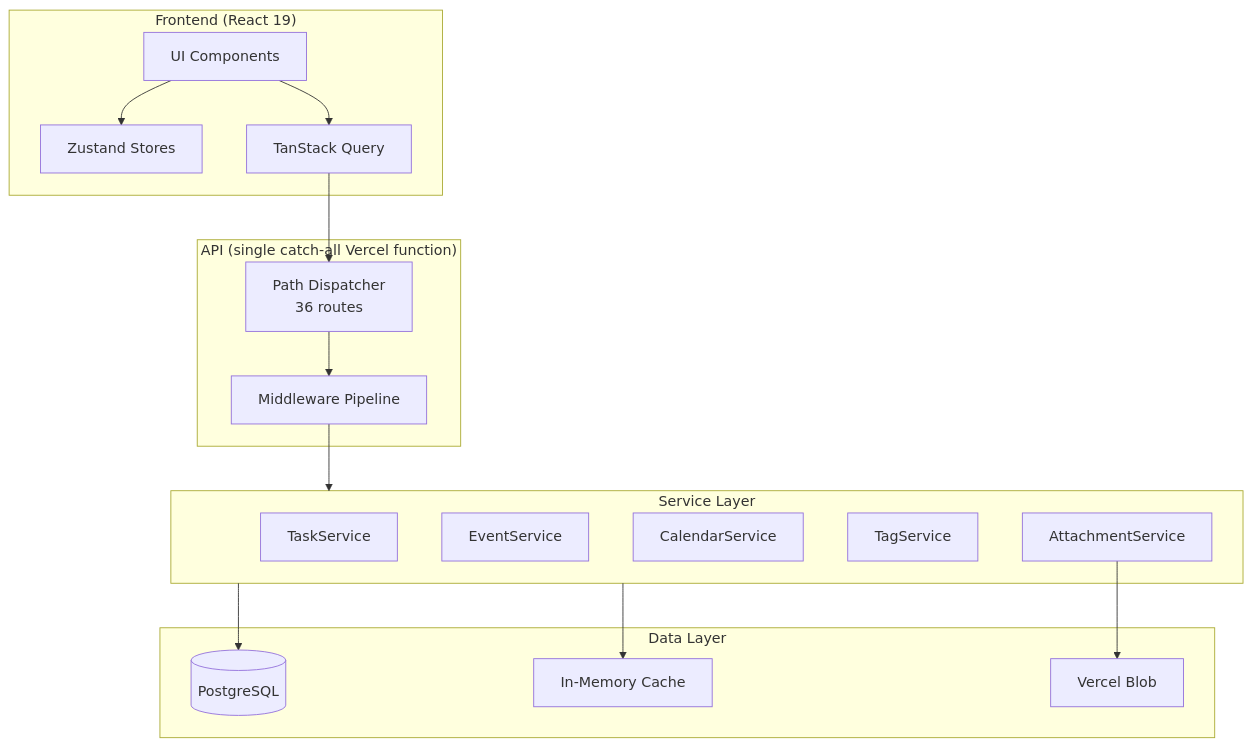
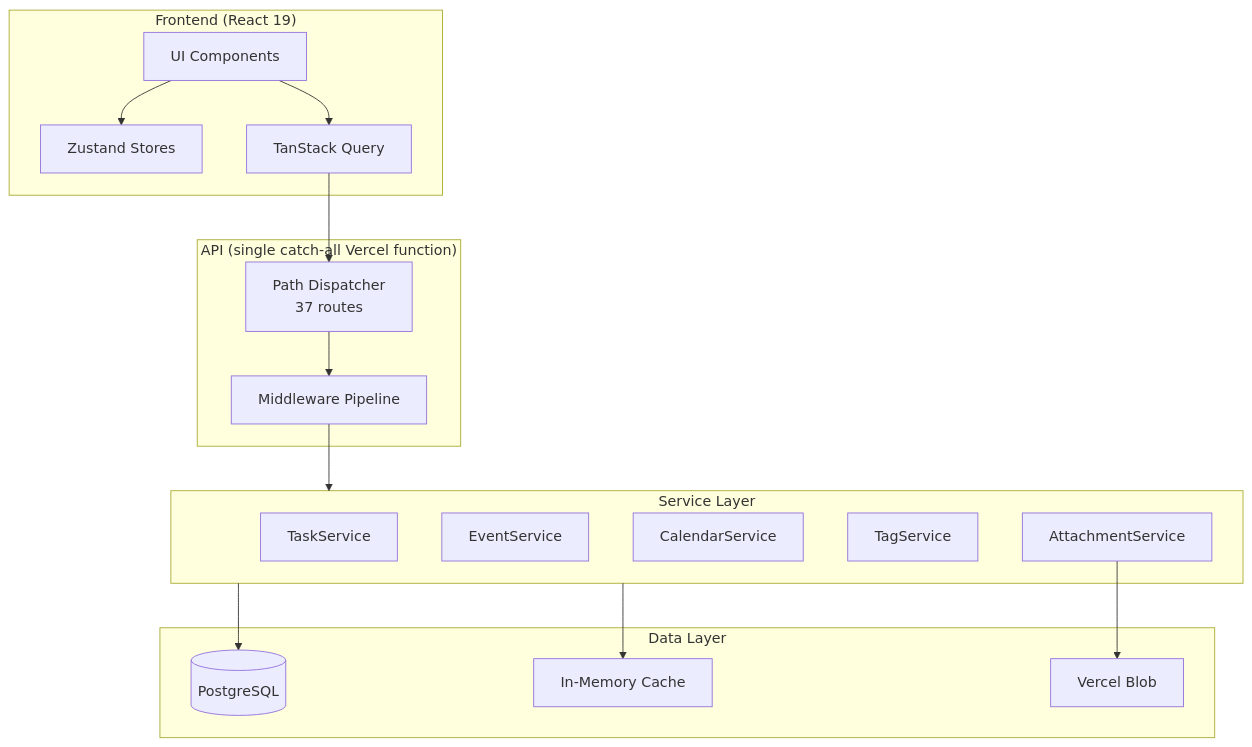
Before and after one commit to yadava5/cadence: the first of 4 diagrams in README.md, drawn with Mermaid. The commit also changed other lines of this file and 5 other files, not shown here.

````diff
--- a/README.md
+++ b/README.md
@@ -108,36 +108,36 @@
 ```mermaid
 flowchart TB
     subgraph Frontend["Frontend (React 19)"]
         UI[UI Components]
         Zustand[Zustand Stores]
         TanStack[TanStack Query]
     end
 
     subgraph API["API (single catch-all Vercel function)"]
-        Dispatch[Path Dispatcher<br/>36 routes]
+        Dispatch[Path Dispatcher<br/>37 routes]
         Middleware[Middleware Pipeline]
     end
 
     subgraph Services["Service Layer"]
         TaskSvc[TaskService]
         EventSvc[EventService]
         CalSvc[CalendarService]
         TagSvc[TagService]
         AttachSvc[AttachmentService]
     end
 
     subgraph Data["Data Layer"]
         PG[(PostgreSQL)]
         Cache[In-Memory Cache]
         Blob[Vercel Blob]
     end
 
     UI --> Zustand
     UI --> TanStack
     TanStack --> Dispatch
     Dispatch --> Middleware
     Middleware --> Services
     Services --> PG
     Services --> Cache
     AttachSvc --> Blob
 ```
````
